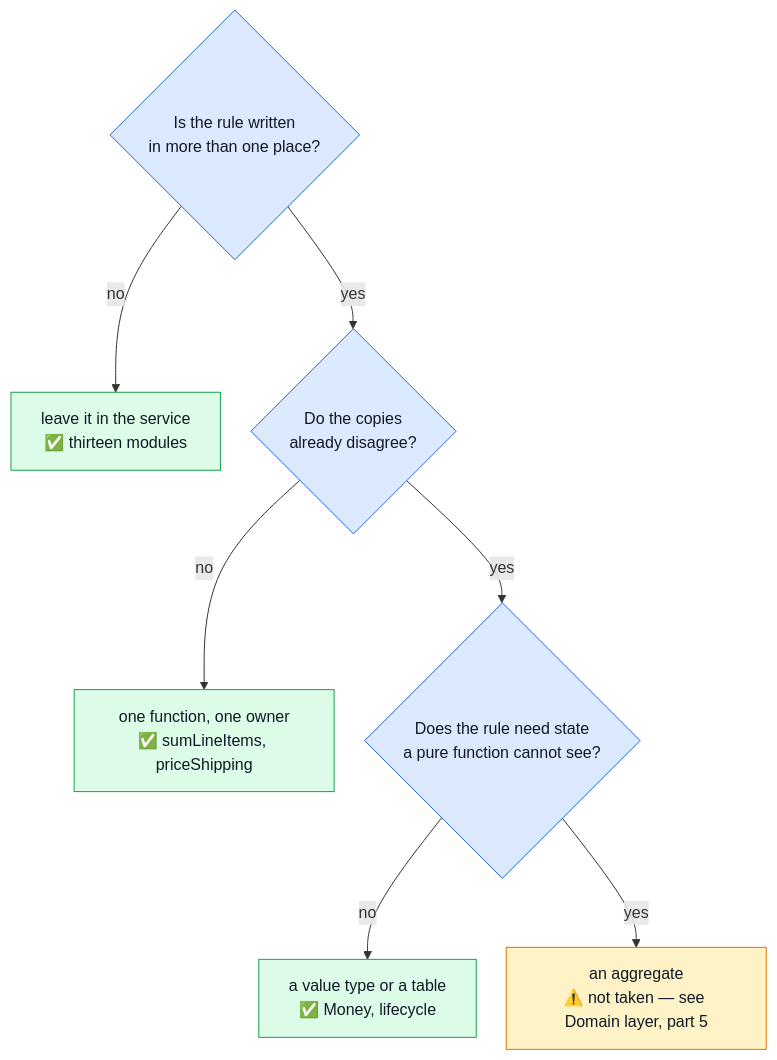
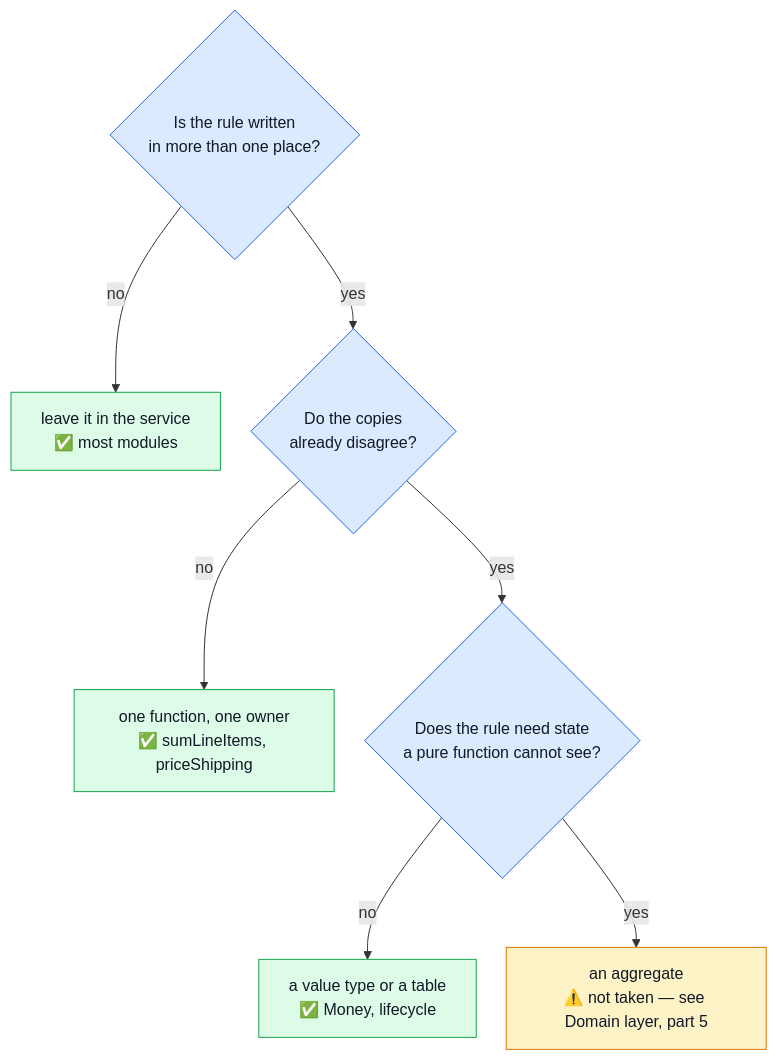
The first of 11 diagrams in docs/theory/tactical-ddd.md (Guebbit/boilerplate-node-backend), drawn with Mermaid before and after one commit. The commit also changed other lines of this file and 130 other files, not shown here.

````diff
--- a/docs/theory/tactical-ddd.md
+++ b/docs/theory/tactical-ddd.md
@@ -19,18 +19,18 @@
 ```mermaid
 %%{init: {'flowchart': {'nodeSpacing': 30, 'rankSpacing': 45}}}%%
 flowchart TD
     Q1{"Is the rule written<br/>in more than one place?"}
-    Q1 -->|no| KEEP["leave it in the service<br/>✅ thirteen modules"]
+    Q1 -->|no| KEEP["leave it in the service<br/>✅ most modules"]
     Q1 -->|yes| Q2{"Do the copies<br/>already disagree?"}
     Q2 -->|no| WATCH["one function, one owner<br/>✅ sumLineItems, priceShipping"]
     Q2 -->|yes| Q3{"Does the rule need state<br/>a pure function cannot see?"}
     Q3 -->|no| TABLE["a value type or a table<br/>✅ Money, lifecycle"]
     Q3 -->|yes| AGG["an aggregate<br/>⚠️ not taken — see Domain layer, part 5"]
 
     classDef ask fill:#dbeafe,stroke:#2563eb,color:#111827;
     classDef cheap fill:#dcfce7,stroke:#16a34a,color:#111827;
     classDef costly fill:#fef3c7,stroke:#d97706,color:#111827;
     class Q1,Q2,Q3 ask;
     class KEEP,WATCH,TABLE cheap;
     class AGG costly;
 ```
````
